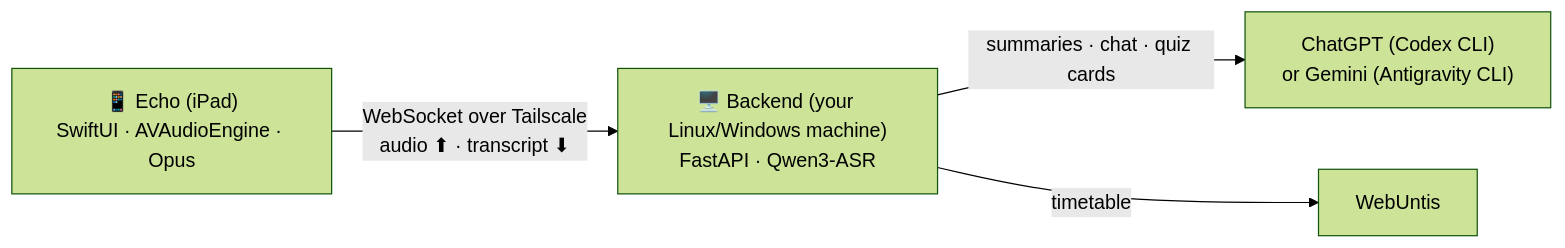
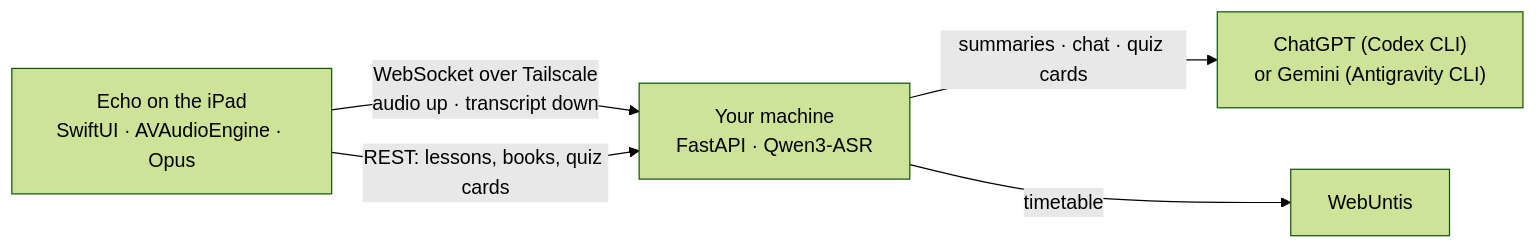
The diagram in README.md (4MBs/echo-ios), drawn with Mermaid (forest theme) before and after one commit. The commit also changed other lines of this file, not shown here.

````diff
--- a/README.md
+++ b/README.md
@@ -42,6 +54,11 @@
 ```mermaid
 flowchart LR
-    A["📱 Echo (iPad)\nSwiftUI · AVAudioEngine · Opus"] -- "WebSocket over Tailscale\naudio ⬆ · transcript ⬇" --> B["🖥️ Backend (your Linux/Windows machine)\nFastAPI · Qwen3-ASR"]
-    B -- "summaries · chat · quiz cards" --> C["ChatGPT (Codex CLI)\nor Gemini (Antigravity CLI)"]
-    B -- "timetable" --> D["WebUntis"]
+    A["Echo on the iPad<br/>SwiftUI · AVAudioEngine · Opus"]
+    B["Your machine<br/>FastAPI · Qwen3-ASR"]
+    C["ChatGPT (Codex CLI)<br/>or Gemini (Antigravity CLI)"]
+    D["WebUntis"]
+    A -- "WebSocket over Tailscale<br/>audio up · transcript down" --> B
+    A -- "REST: lessons, books, quiz cards" --> B
+    B -- "summaries · chat · quiz cards" --> C
+    B -- "timetable" --> D
 ```
````
